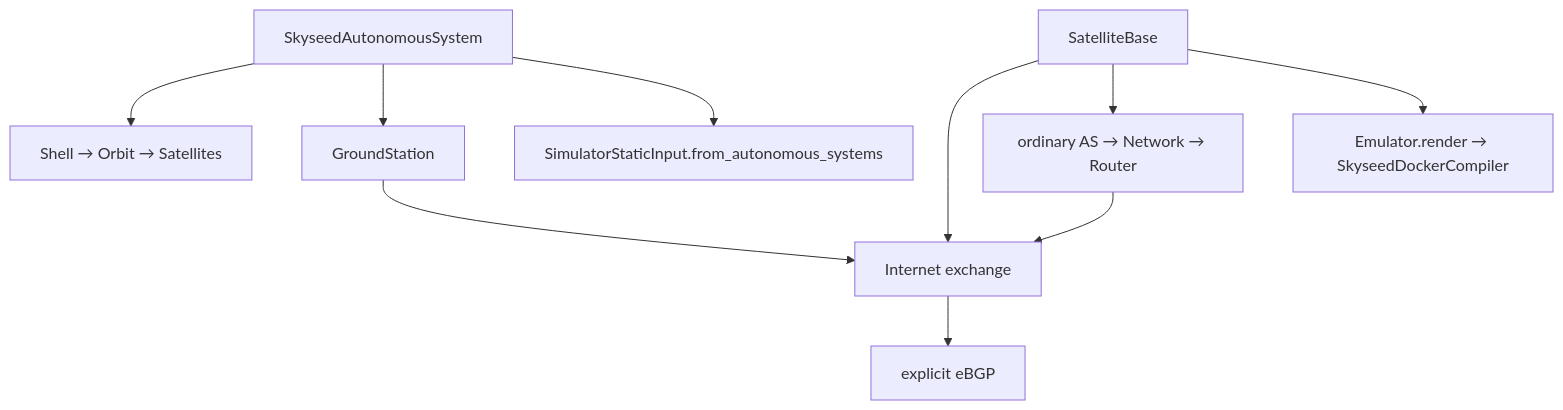
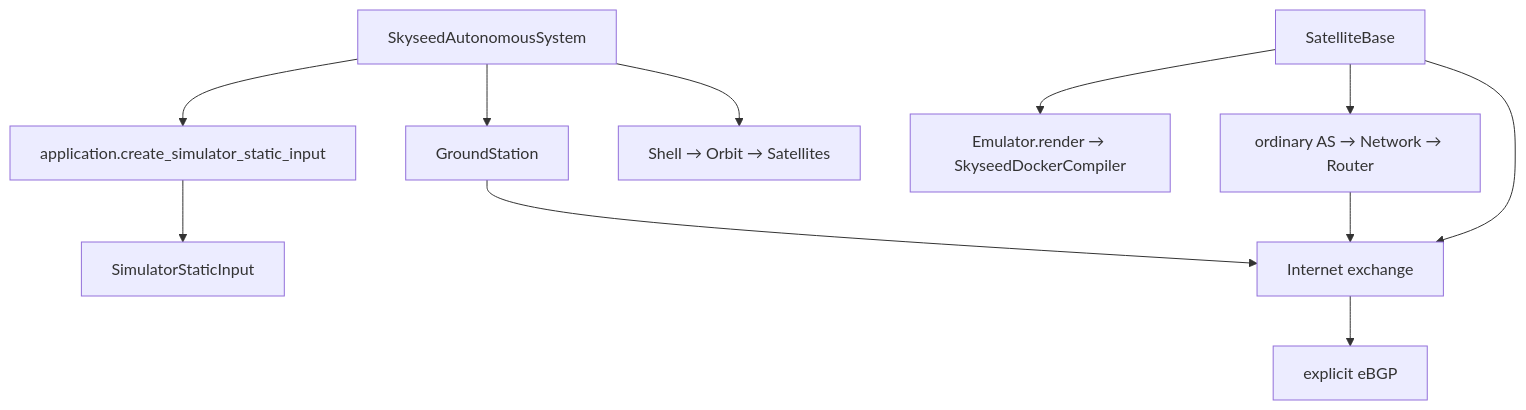
The fourth of 7 diagrams in skyseed_v2/docs/architecture/diagrams.md (seed-labs/skyseed), drawn with Mermaid before and after one commit. The commit also changed other lines of this file and 47 other files, not shown here.

Commit message:
Keep Simulator static inputs independent from Emulator integration

````diff
--- a/skyseed_v2/docs/architecture/diagrams.md
+++ b/skyseed_v2/docs/architecture/diagrams.md
@@ -87,13 +92,14 @@
 ```mermaid
 flowchart TD
     A[SkyseedAutonomousSystem]
     A --> S[Shell → Orbit → Satellites]
     A --> G[GroundStation]
     B[SatelliteBase] --> IX[Internet exchange]
     B --> R[ordinary AS → Network → Router]
     G --> IX
     R --> IX
     IX --> P[explicit eBGP]
-    A --> I[SimulatorStaticInput.from_autonomous_systems]
+    A --> F[application.create_simulator_static_input]
+    F --> I[SimulatorStaticInput]
     B --> C[Emulator.render → SkyseedDockerCompiler]
 ```
````
